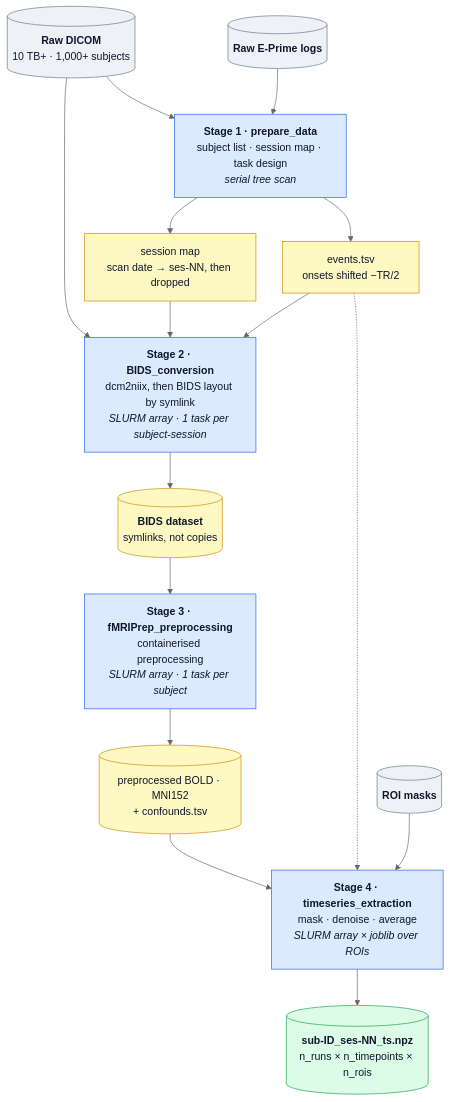
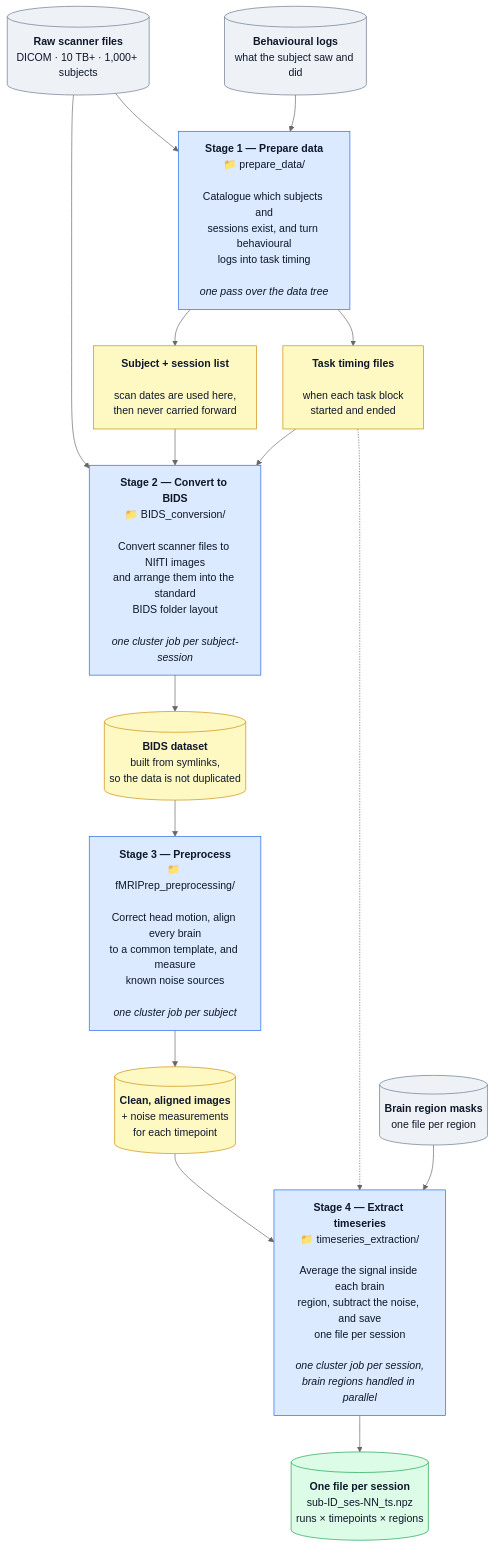
Before and after one commit to linjjiang/fMRI_HPC_Pipeline: the diagram in README.md, drawn with Mermaid (neutral theme).

Commit message:
README: rewrite diagram stage labels in plain language
The stage boxes were written for someone who already knew the tools
("dcm2niix, then BIDS layout by symlink", "mask · denoise · average"),
and the middot-separated phrases ran together into one dense line.

Each stage box now reads: what the stage is called, the folder it lives
in on its own line, a blank line, a plain-language description of what it
actually does, and the unit of parallelism. Input and output boxes are
described by what they contain rather than by file format.

````diff
--- a/README.md
+++ b/README.md
@@ -28,42 +28,42 @@
 ```mermaid
 %%{init: {"flowchart": {"nodeSpacing": 40, "rankSpacing": 55, "curve": "basis", "useMaxWidth": true}} }%%
 flowchart TD
-    RAW[("<b>Raw DICOM</b><br/>10 TB+ · 1,000+ subjects")]
-    EP[("<b>Raw E-Prime logs</b>")]
-    ROI[("<b>ROI masks</b>")]
+    RAW[("<b>Raw scanner files</b><br/>DICOM · 10 TB+ · 1,000+ subjects")]
+    EP[("<b>Behavioural logs</b><br/>what the subject saw and did")]
+    ROI[("<b>Brain region masks</b><br/>one file per region")]
 
-    S1["<b>Stage 1 · prepare_data</b><br/>subject list · session map · task design<br/><i>serial tree scan</i>"]
-    MAP["session map<br/>scan date → ses-NN, then dropped"]
-    EV["events.tsv<br/>onsets shifted −TR/2"]
+    S1["<b>Stage 1 — Prepare data</b><br/>📁 prepare_data/<br/> <br/>Catalogue which subjects and<br/>sessions exist, and turn behavioural<br/>logs into task timing<br/> <br/><i>one pass over the data tree</i>"]
+    MAP["<b>Subject + session list</b><br/> <br/>scan dates are used here,<br/>then never carried forward"]
+    EV["<b>Task timing files</b><br/> <br/>when each task block<br/>started and ended"]
 
-    S2["<b>Stage 2 · BIDS_conversion</b><br/>dcm2niix, then BIDS layout by symlink<br/><i>SLURM array · 1 task per subject-session</i>"]
-    BIDS[("<b>BIDS dataset</b><br/>symlinks, not copies")]
+    S2["<b>Stage 2 — Convert to BIDS</b><br/>📁 BIDS_conversion/<br/> <br/>Convert scanner files to NIfTI images<br/>and arrange them into the standard<br/>BIDS folder layout<br/> <br/><i>one cluster job per subject-session</i>"]
+    BIDS[("<b>BIDS dataset</b><br/>built from symlinks,<br/>so the data is not duplicated")]
 
-    S3["<b>Stage 3 · fMRIPrep_preprocessing</b><br/>containerised preprocessing<br/><i>SLURM array · 1 task per subject</i>"]
-    DER[("preprocessed BOLD · MNI152<br/>+ confounds.tsv")]
+    S3["<b>Stage 3 — Preprocess</b><br/>📁 fMRIPrep_preprocessing/<br/> <br/>Correct head motion, align every brain<br/>to a common template, and measure<br/>known noise sources<br/> <br/><i>one cluster job per subject</i>"]
+    DER[("<b>Clean, aligned images</b><br/>+ noise measurements<br/>for each timepoint")]
 
-    S4["<b>Stage 4 · timeseries_extraction</b><br/>mask · denoise · average<br/><i>SLURM array × joblib over ROIs</i>"]
-    OUT[("<b>sub-ID_ses-NN_ts.npz</b><br/>n_runs × n_timepoints × n_rois")]
+    S4["<b>Stage 4 — Extract timeseries</b><br/>📁 timeseries_extraction/<br/> <br/>Average the signal inside each brain<br/>region, subtract the noise, and save<br/>one file per session<br/> <br/><i>one cluster job per session,<br/>brain regions handled in parallel</i>"]
+    OUT[("<b>One file per session</b><br/>sub-ID_ses-NN_ts.npz<br/>runs × timepoints × regions")]
 
     RAW --> S1
     EP --> S1
     S1 --> MAP
     S1 --> EV
     RAW --> S2
     MAP --> S2
     EV --> S2
     S2 --> BIDS --> S3 --> DER --> S4
     EV -.-> S4
     ROI --> S4
     S4 --> OUT
 
     classDef src fill:#eef2f7,stroke:#64748b,color:#0f172a
     classDef stage fill:#dbeafe,stroke:#2563eb,color:#0f172a
     classDef mid fill:#fef9c3,stroke:#ca8a04,color:#0f172a
     classDef out fill:#dcfce7,stroke:#16a34a,color:#0f172a
 
     class RAW,EP,ROI src
     class S1,S2,S3,S4 stage
     class MAP,EV,BIDS,DER mid
     class OUT out
 ```
````
